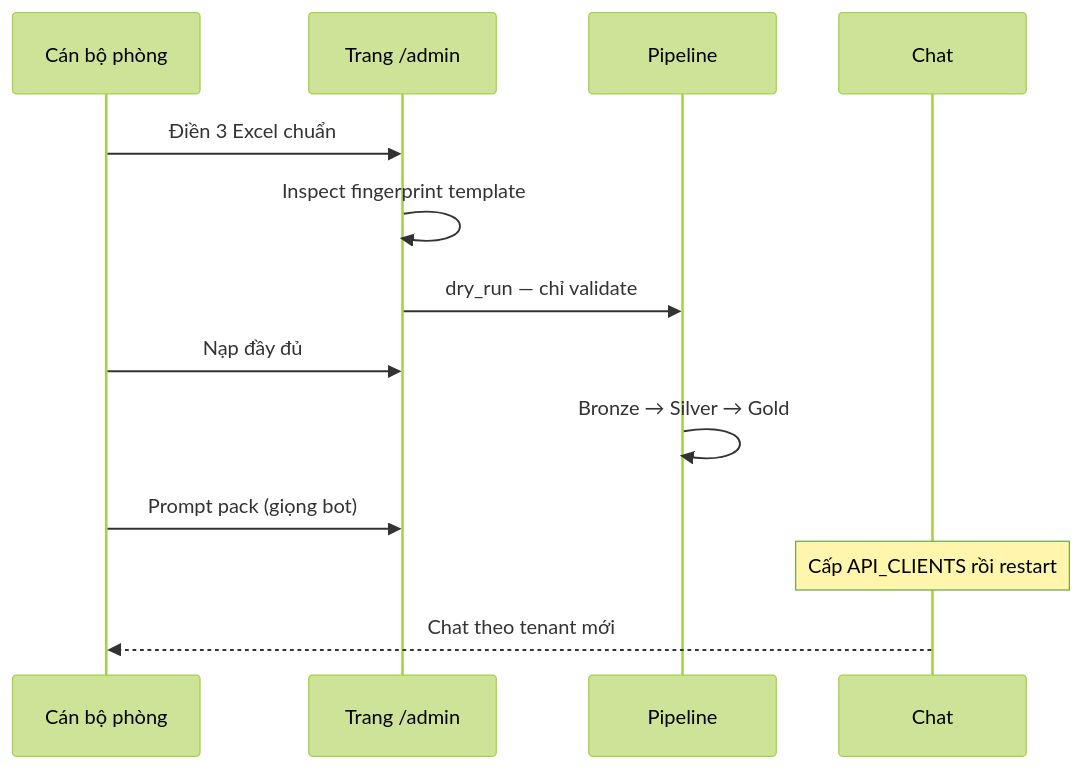
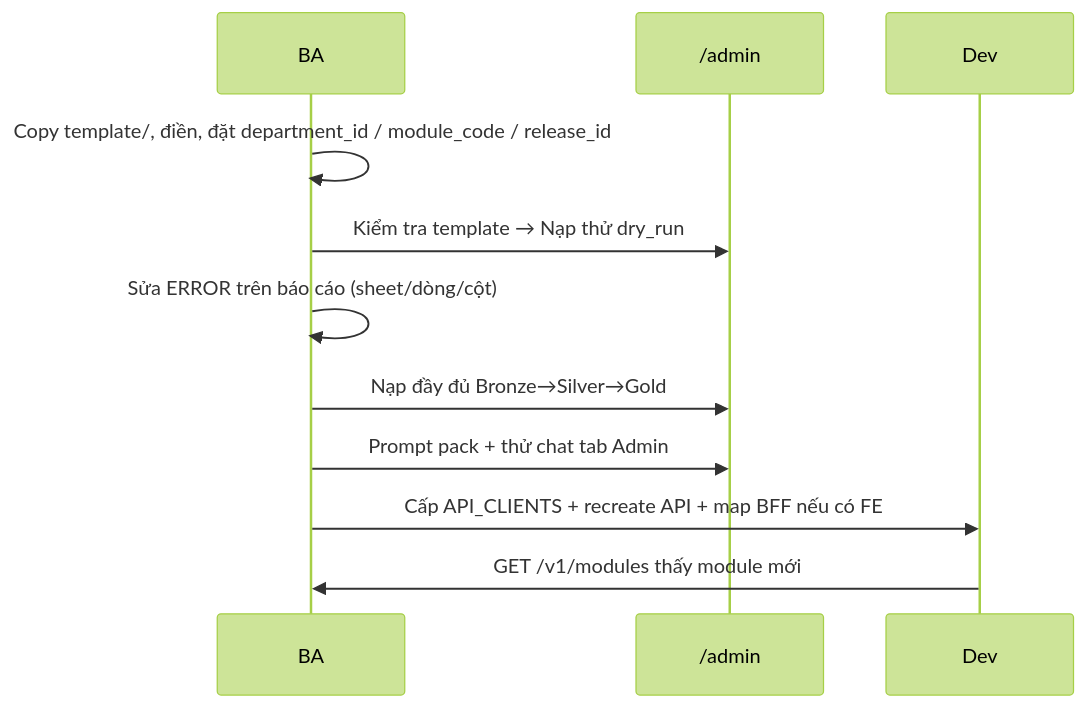
One commit to LeGiaVan/UEL-Innovation changed the ninth of 10 diagrams in PITCH.md. Above: the diagram before and after it, drawn with Mermaid (forest theme). The commit also changed other lines of this file, not shown here.

````diff
--- a/PITCH.md
+++ b/PITCH.md
@@ -271,16 +363,14 @@
 ```mermaid
 sequenceDiagram
-  participant CB as Cán bộ phòng
-  participant AD as Trang /admin
-  participant ETL as Pipeline
-  participant BOT as Chat
+  participant BA
+  participant Admin as /admin
+  participant Dev
 
-  CB->>AD: Điền 3 Excel chuẩn
-  AD->>AD: Inspect fingerprint template
-  AD->>ETL: dry_run — chỉ validate
-  CB->>AD: Nạp đầy đủ
-  ETL->>ETL: Bronze → Silver → Gold
-  CB->>AD: Prompt pack (giọng bot)
-  Note over BOT: Cấp API_CLIENTS rồi restart
-  BOT-->>CB: Chat theo tenant mới
+  BA->>BA: Copy template/, điền, đặt department_id / module_code / release_id
+  BA->>Admin: Kiểm tra template → Nạp thử dry_run
+  BA->>BA: Sửa ERROR trên báo cáo (sheet/dòng/cột)
+  BA->>Admin: Nạp đầy đủ Bronze→Silver→Gold
+  BA->>Admin: Prompt pack + thử chat tab Admin
+  BA->>Dev: Cấp API_CLIENTS + recreate API + map BFF nếu có FE
+  Dev->>BA: GET /v1/modules thấy module mới
 ```
````
